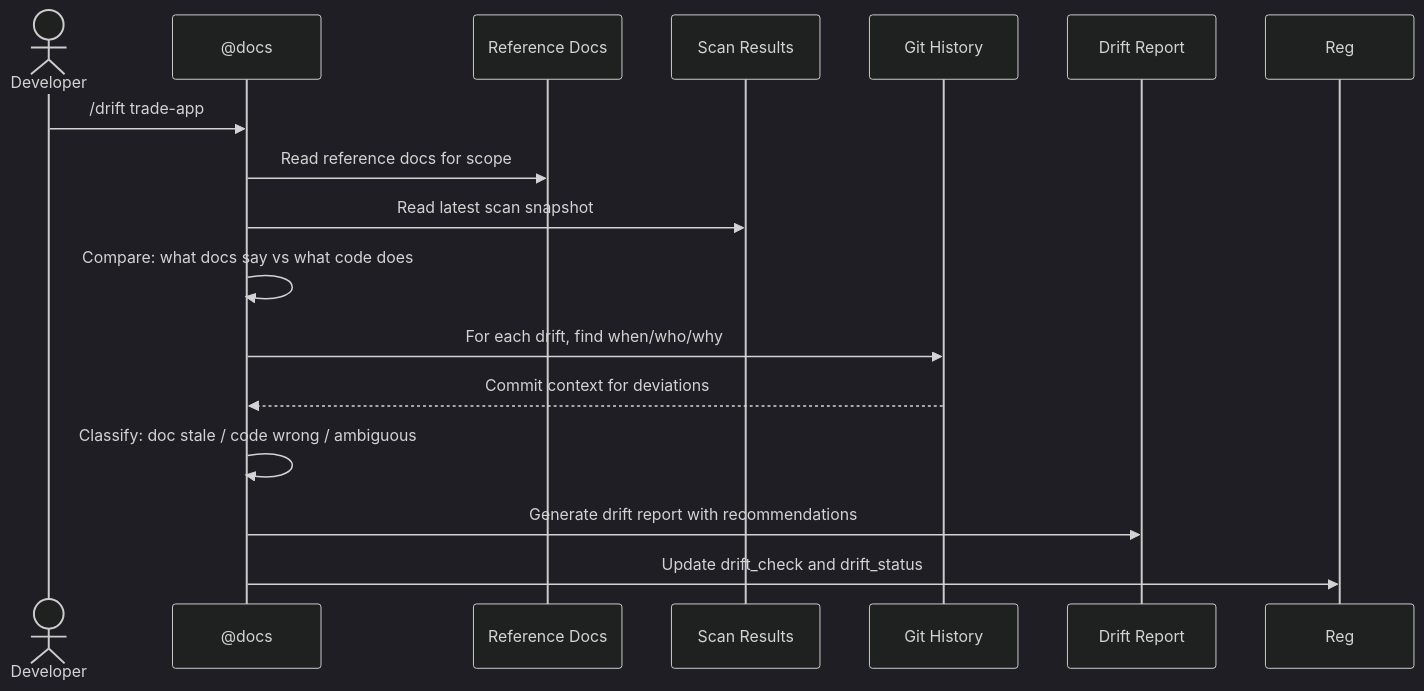
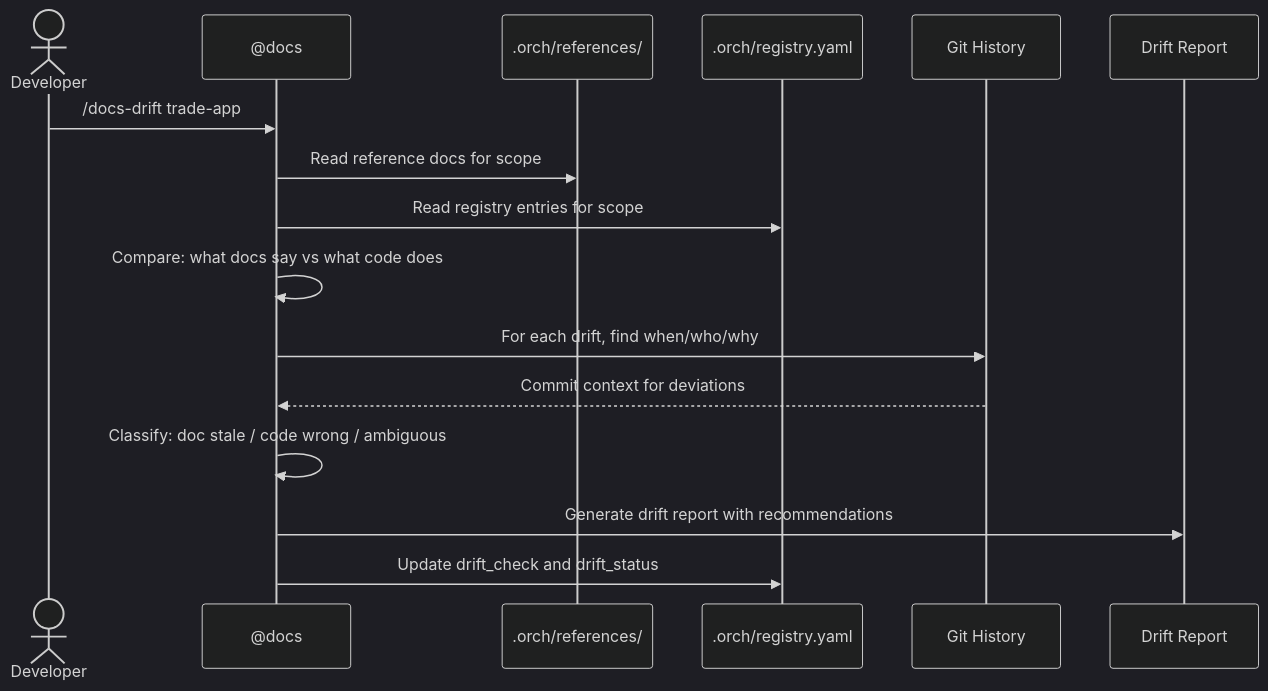
One commit to oneinthebox/vscode-ghcp-agents changed diagram 16 of 17 in docs/tech.md. Above: the diagram before and after it, drawn with Mermaid (dark theme). The commit also changed other lines of this file and 11 other files, not shown here.

````diff
--- a/docs/tech.md
+++ b/docs/tech.md
@@ -819,19 +906,19 @@
 ```mermaid
 sequenceDiagram
     actor Dev as Developer
     participant Agent as @docs
-    participant Refs as Reference Docs
-    participant Scan as Scan Results
+    participant Refs as .orch/references/
+    participant Reg as .orch/registry.yaml
     participant Git as Git History
     participant Report as Drift Report
 
-    Dev->>Agent: /drift trade-app
+    Dev->>Agent: /docs-drift trade-app
     Agent->>Refs: Read reference docs for scope
-    Agent->>Scan: Read latest scan snapshot
+    Agent->>Reg: Read registry entries for scope
     Agent->>Agent: Compare: what docs say vs what code does
     Agent->>Git: For each drift, find when/who/why
     Git-->>Agent: Commit context for deviations
     Agent->>Agent: Classify: doc stale / code wrong / ambiguous
     Agent->>Report: Generate drift report with recommendations
     Agent->>Reg: Update drift_check and drift_status
 ```
````
